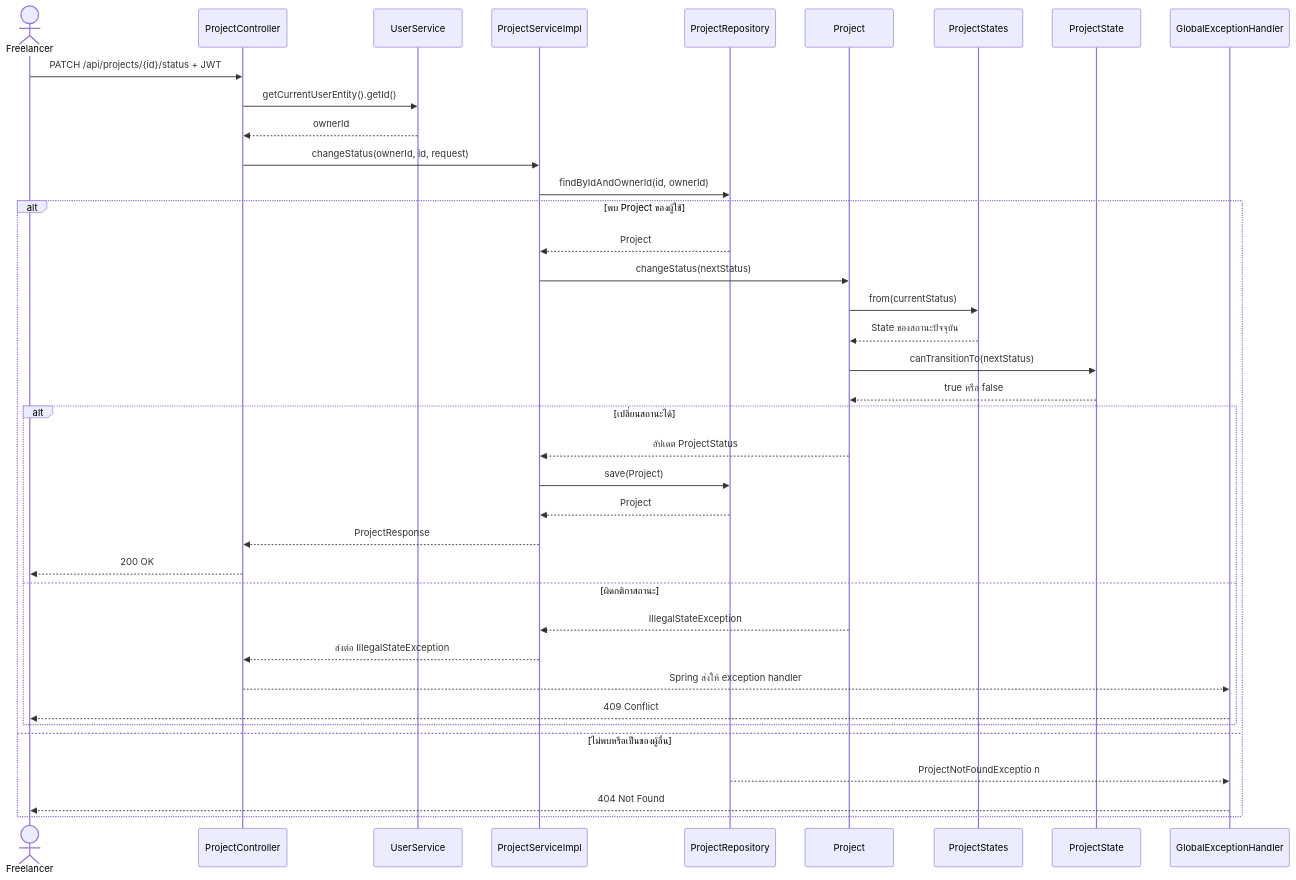
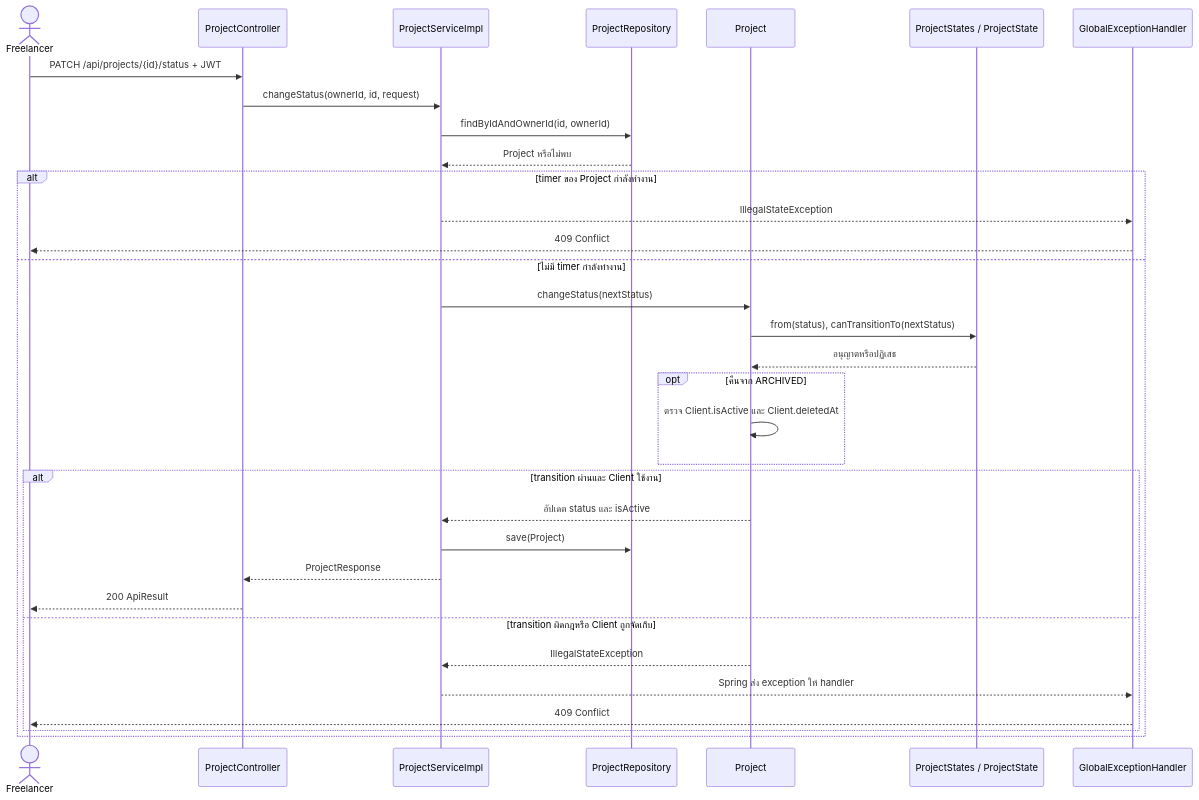
The diagram in doc/V1/USECASE/kantavit-usecase.md (lillianxhub/freelance-hub), drawn with Mermaid before and after one commit. The commit also changed other lines of this file and 10 other files, not shown here.

First line of the commit message:
Enforce Project Status Rules and Allow Reopening Completed Tasks (#99)

````diff
--- a/doc/V1/USECASE/kantavit-usecase.md
+++ b/doc/V1/USECASE/kantavit-usecase.md
@@ -177,41 +125,35 @@
 ```mermaid
 sequenceDiagram
     actor F as Freelancer
     participant C as ProjectController
-    participant U as UserService
     participant S as ProjectServiceImpl
     participant R as ProjectRepository
     participant P as Project
-    participant PS as ProjectStates
-    participant ST as ProjectState
+    participant ST as ProjectStates / ProjectState
     participant H as GlobalExceptionHandler
-
     F->>C: PATCH /api/projects/{id}/status + JWT
-    C->>U: getCurrentUserEntity().getId()
-    U-->>C: ownerId
     C->>S: changeStatus(ownerId, id, request)
     S->>R: findByIdAndOwnerId(id, ownerId)
-    alt พบ Project ของผู้ใช้
-        R-->>S: Project
+    R-->>S: Project หรือไม่พบ
+    alt timer ของ Project กำลังทำงาน
+        S-->>H: IllegalStateException
+        H-->>F: 409 Conflict
+    else ไม่มี timer กำลังทำงาน
         S->>P: changeStatus(nextStatus)
-        P->>PS: from(currentStatus)
-        PS-->>P: State ของสถานะปัจจุบัน
-        P->>ST: canTransitionTo(nextStatus)
-        ST-->>P: true หรือ false
-        alt เปลี่ยนสถานะได้
-            P-->>S: อัปเดต ProjectStatus
+        P->>ST: from(status), canTransitionTo(nextStatus)
+        ST-->>P: อนุญาตหรือปฏิเสธ
+        opt คืนจาก ARCHIVED
+            P->>P: ตรวจ Client.isActive และ Client.deletedAt
+        end
+        alt transition ผ่านและ Client ใช้งาน
+            P-->>S: อัปเดต status และ isActive
             S->>R: save(Project)
-            R-->>S: Project
             S-->>C: ProjectResponse
-            C-->>F: 200 OK
-        else ผิดกติกาสถานะ
+            C-->>F: 200 ApiResult
+        else transition ผิดกฎหรือ Client ถูกจัดเก็บ
             P-->>S: IllegalStateException
-            S-->>C: ส่งต่อ IllegalStateException
-            C-->>H: Spring ส่งให้ exception handler
+            S-->>H: Spring ส่ง exception ให้ handler
             H-->>F: 409 Conflict
         end
-    else ไม่พบหรือเป็นของผู้อื่น
-        R-->>H: ProjectNotFoundExceptio n
-        H-->>F: 404 Not Found
     end
 ```
````
